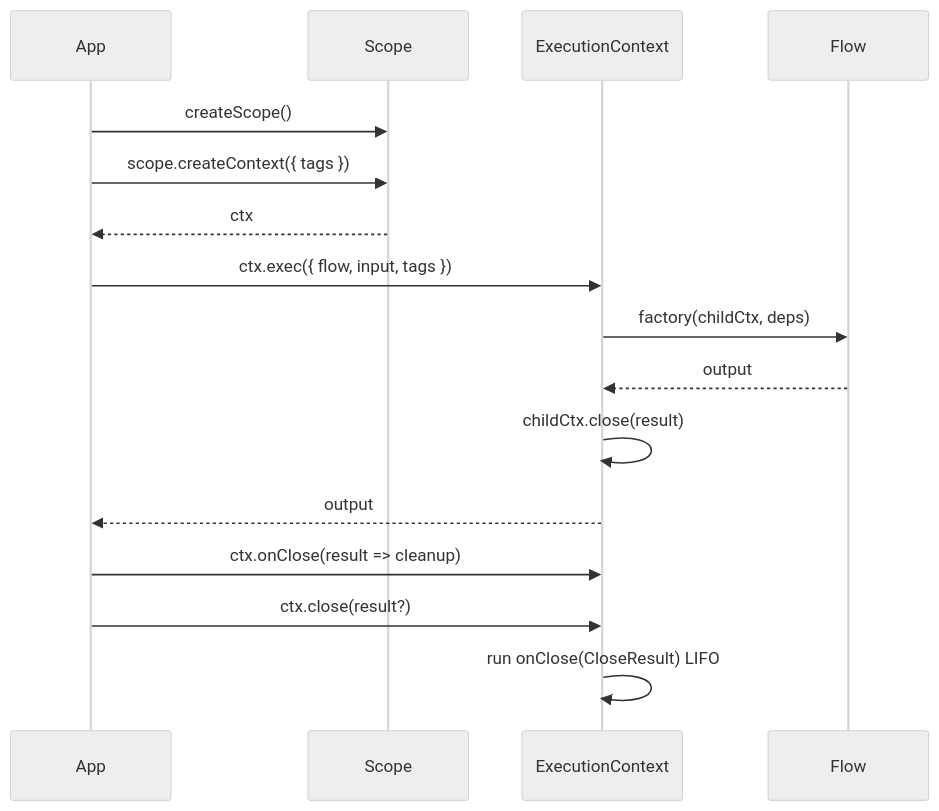
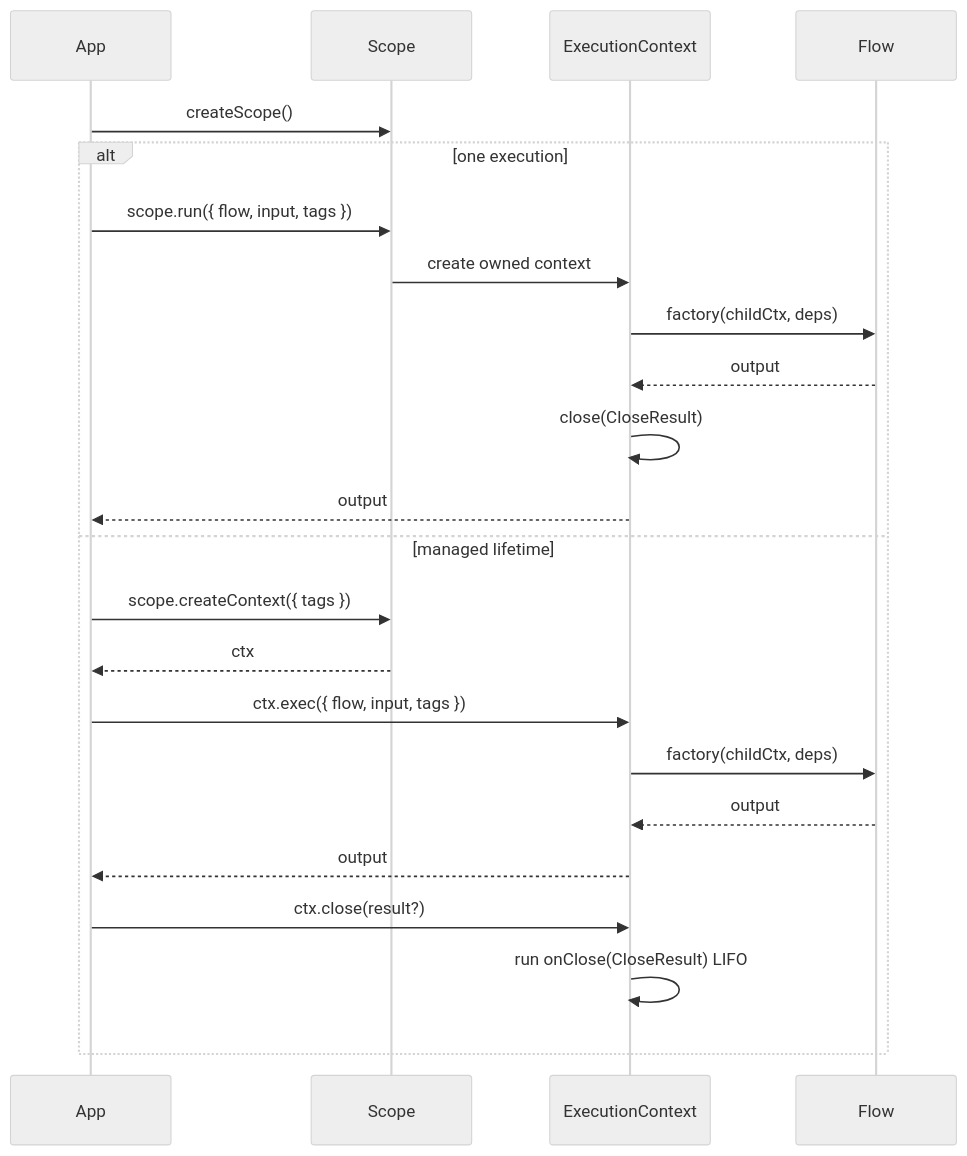
One commit to pumped-fn/pumped-fn changed the first of 12 diagrams in pkg/core/lite/PATTERNS.md. Above: the diagram before and after it, drawn with Mermaid (neutral theme). The commit also changed other lines of this file and 220 other files, not shown here.

````diff
--- a/pkg/core/lite/PATTERNS.md
+++ b/pkg/core/lite/PATTERNS.md
@@ -23,21 +28,26 @@
 ```mermaid
 sequenceDiagram
     participant App
     participant Scope
     participant Ctx as ExecutionContext
     participant Flow
 
     App->>Scope: createScope()
-    App->>Scope: scope.createContext({ tags })
-    Scope-->>App: ctx
-
-    App->>Ctx: ctx.exec({ flow, input, tags })
-    Ctx->>Flow: factory(childCtx, deps)
-    Flow-->>Ctx: output
-    Ctx->>Ctx: childCtx.close(result)
-    Ctx-->>App: output
-
-    App->>Ctx: ctx.onClose(result => cleanup)
-    App->>Ctx: ctx.close(result?)
-    Ctx->>Ctx: run onClose(CloseResult) LIFO
+    alt one execution
+        App->>Scope: scope.run({ flow, input, tags })
+        Scope->>Ctx: create owned context
+        Ctx->>Flow: factory(childCtx, deps)
+        Flow-->>Ctx: output
+        Ctx->>Ctx: close(CloseResult)
+        Ctx-->>App: output
+    else managed lifetime
+        App->>Scope: scope.createContext({ tags })
+        Scope-->>App: ctx
+        App->>Ctx: ctx.exec({ flow, input, tags })
+        Ctx->>Flow: factory(childCtx, deps)
+        Flow-->>Ctx: output
+        Ctx-->>App: output
+        App->>Ctx: ctx.close(result?)
+        Ctx->>Ctx: run onClose(CloseResult) LIFO
+    end
 ```
````
